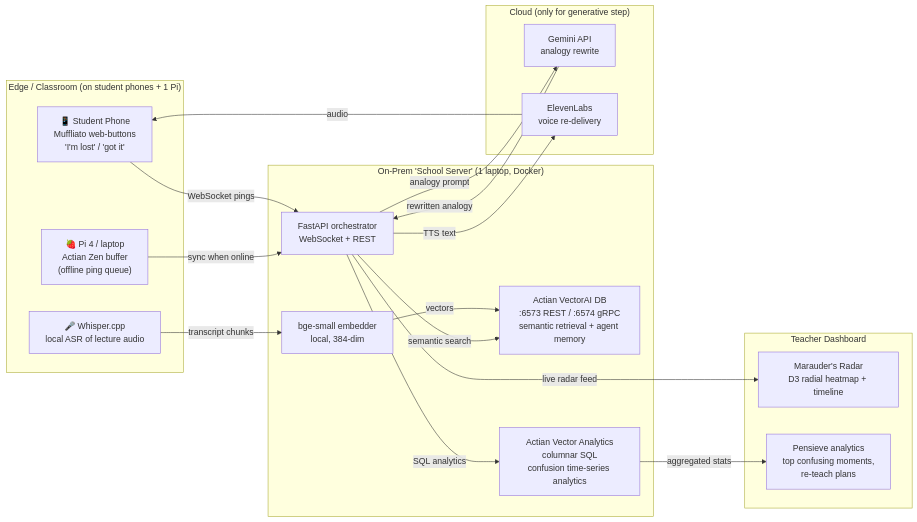
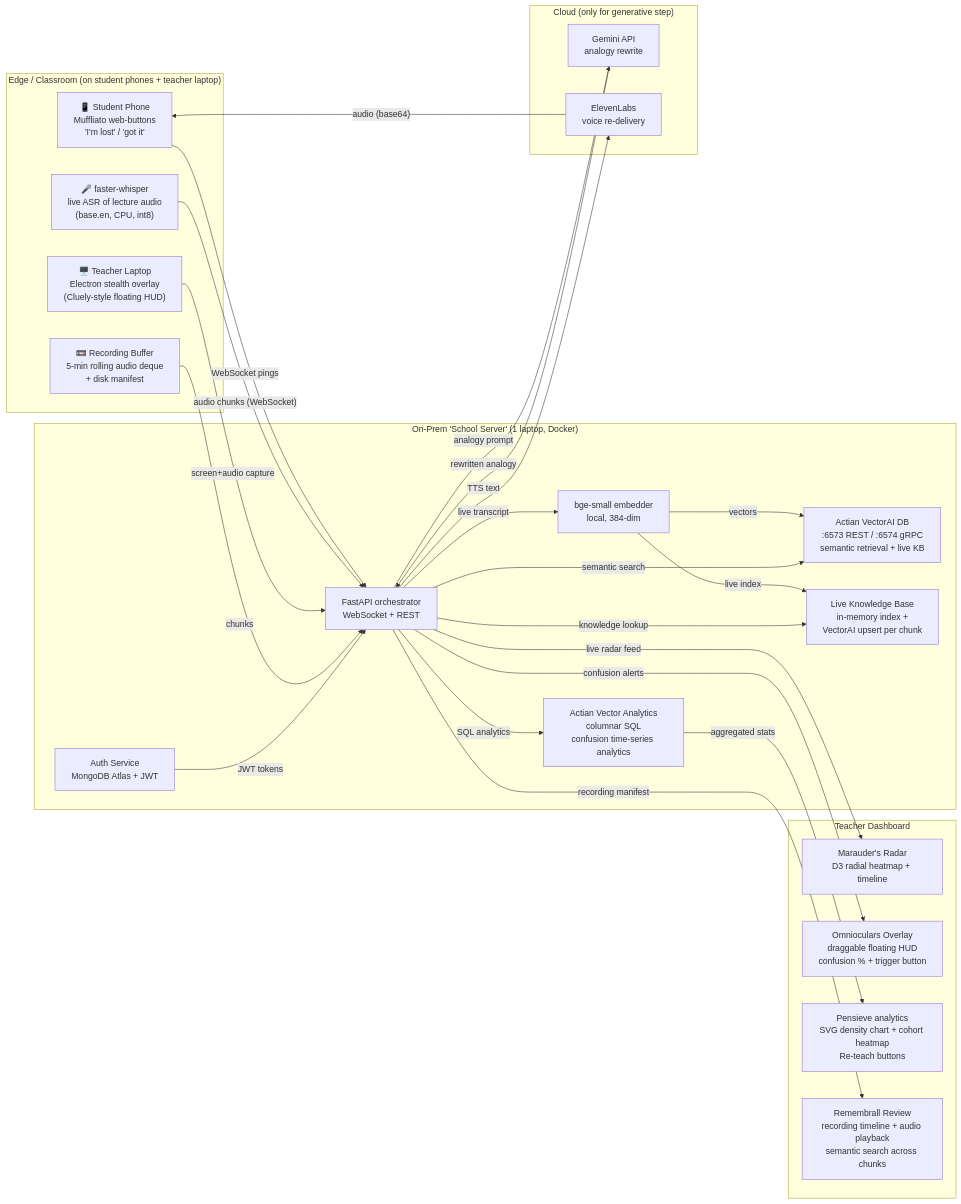
The diagram in Legilimens — Full Build Blueprint.md (Sourodyuti/TeamTraction), drawn with Mermaid before and after one commit. The commit also changed other lines of this file and 13 other files, not shown here.

````diff
--- a/Legilimens — Full Build Blueprint.md
+++ b/Legilimens — Full Build Blueprint.md
@@ -28,34 +30,46 @@
 ```mermaid
 flowchart LR
-  subgraph EDGE["Edge / Classroom (on student phones + 1 Pi)"]
+  subgraph EDGE["Edge / Classroom (on student phones + teacher laptop)"]
     P1["📱 Student Phone<br/>Muffliato web-buttons<br/>'I'm lost' / 'got it'"]
-    P2["🎤 Whisper.cpp<br/>local ASR of lecture audio"]
-    P3["🍓 Pi 4 / laptop<br/>Actian Zen buffer<br/>(offline ping queue)"]
+    P2["🎤 faster-whisper<br/>live ASR of lecture audio<br/>(base.en, CPU, int8)"]
+    P3["🖥️ Teacher Laptop<br/>Electron stealth overlay<br/>(Cluely-style floating HUD)"]
+    REC["📼 Recording Buffer<br/>5-min rolling audio deque<br/>+ disk manifest"]
   end
   subgraph CORE["On-Prem 'School Server' (1 laptop, Docker)"]
-    ADB["Actian VectorAI DB<br/>:6573 REST / :6574 gRPC<br/>semantic retrieval + agent memory"]
+    ADB["Actian VectorAI DB<br/>:6573 REST / :6574 gRPC<br/>semantic retrieval + live KB"]
     AVEC["Actian Vector Analytics<br/>columnar SQL<br/>confusion time-series analytics"]
     API["FastAPI orchestrator<br/>WebSocket + REST"]
     EMB["bge-small embedder<br/>local, 384-dim"]
+    KB["Live Knowledge Base<br/>in-memory index +<br/>VectorAI upsert per chunk"]
+    AUTH["Auth Service<br/>MongoDB Atlas + JWT"]
   end
   subgraph CLOUD["Cloud (only for generative step)"]
     GEM["Gemini API<br/>analogy rewrite"]
     ELE["ElevenLabs<br/>voice re-delivery"]
   end
   subgraph UI["Teacher Dashboard"]
     RAD["Marauder's Radar<br/>D3 radial heatmap + timeline"]
-    PEN["Pensieve analytics<br/>top confusing moments,<br/>re-teach plans"]
+    OVL["Omnioculars Overlay<br/>draggable floating HUD<br/>confusion % + trigger button"]
+    PEN["Pensieve analytics<br/>SVG density chart + cohort heatmap<br/>Re-teach buttons"]
+    REV["Remembrall Review<br/>recording timeline + audio playback<br/>semantic search across chunks"]
   end
   P1 -- WebSocket pings --> API
-  P2 -- transcript chunks --> EMB
-  P3 -- sync when online --> API
+  P2 -- audio chunks (WebSocket) --> API
+  API -- live transcript --> EMB
+  P3 -- screen+audio capture --> API
+  REC -- chunks --> API
   EMB -- vectors --> ADB
+  EMB -- live index --> KB
   API -- semantic search --> ADB
+  API -- knowledge lookup --> KB
   API -- SQL analytics --> AVEC
   API -- analogy prompt --> GEM
   GEM -- rewritten analogy --> API
   API -- TTS text --> ELE
-  ELE -- audio --> P1
+  ELE -- audio (base64) --> P1
   API -- live radar feed --> RAD
+  API -- confusion alerts --> OVL
   AVEC -- aggregated stats --> PEN
+  API -- recording manifest --> REV
+  AUTH -- JWT tokens --> API
 ```
````
